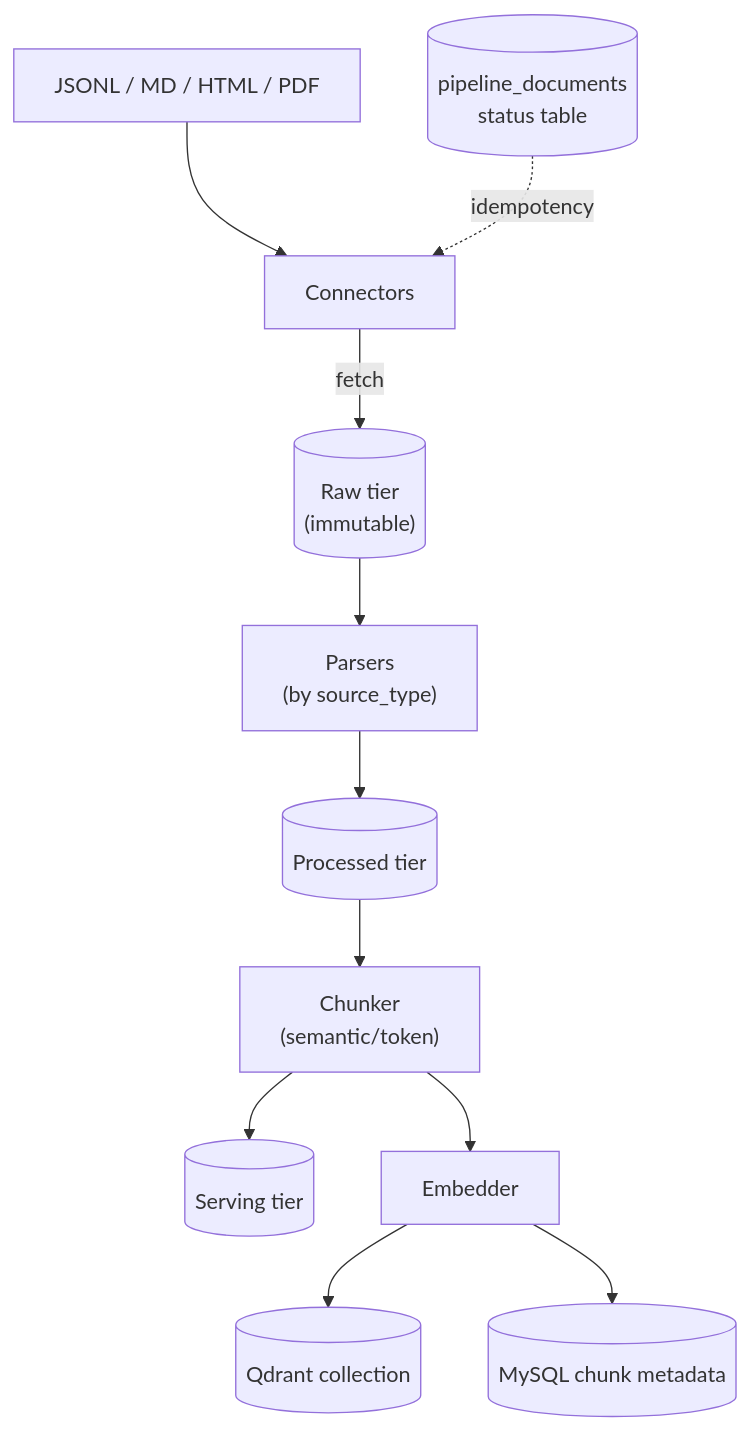
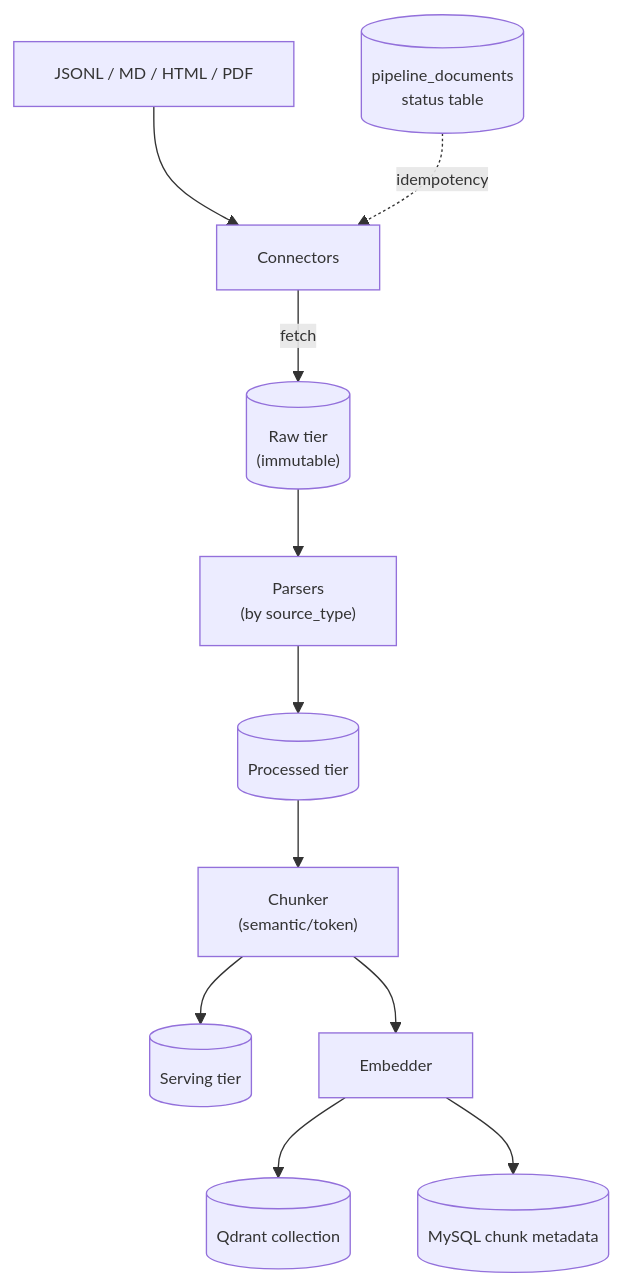
One commit to NMCuonG08/Chatbot-Legal-RAG changed the first of 2 diagrams in README.md. Above: the diagram before and after it, drawn with Mermaid. The commit also changed other lines of this file, not shown here.

Commit message:
docs: refactor README.md mermaid diagrams with styling directives and native markdown wrapping

````diff
--- a/README.md
+++ b/README.md
@@ -14,13 +14,18 @@
 ```mermaid
+%%{init: { 'themeVariables': { 'fontFamily': 'system-ui, -apple-system, sans-serif', 'fontSize': '12px' } } }%%
 graph TD
     Dir["JSONL / MD / HTML / PDF"] --> Conn[Connectors]
-    Conn -->|fetch| Raw[("Raw tier<br/>(immutable)")]
-    Raw --> Parse["Parsers<br/>(by source_type)"]
+    Conn -->|fetch| Raw[("`Raw tier
+    (immutable)`")]
+    Raw --> Parse["`Parsers
+    (by source_type)`"]
     Parse --> Proc[("Processed tier")]
-    Proc --> Chunk["Chunker<br/>(semantic/token)"]
+    Proc --> Chunk["`Chunker
+    (semantic/token)`"]
     Chunk --> Serv[("Serving tier")]
     Chunk --> Emb[Embedder]
     Emb --> Q1[("Qdrant collection")]
     Emb --> Q2[("MySQL chunk metadata")]
-    State[("pipeline_documents<br/>status table")] -.->|idempotency| Conn
+    State[("`pipeline_documents
+    status table`")] -.->|idempotency| Conn
 ```
````
